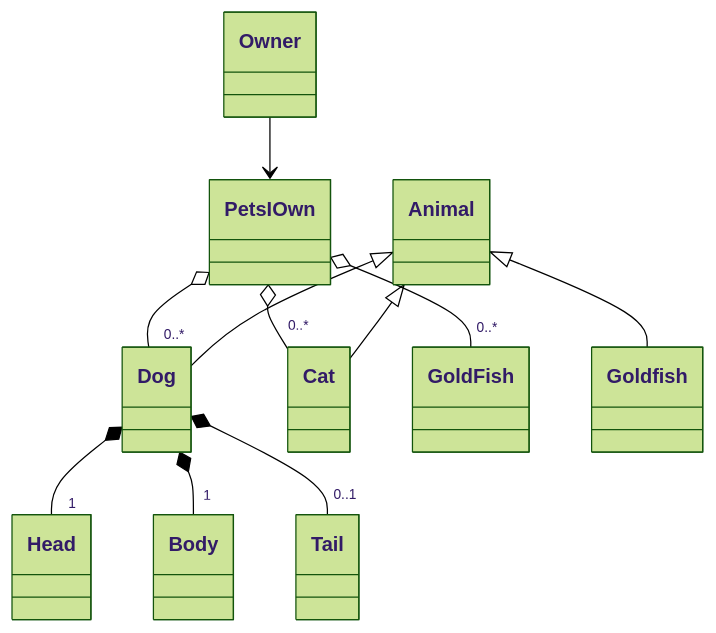
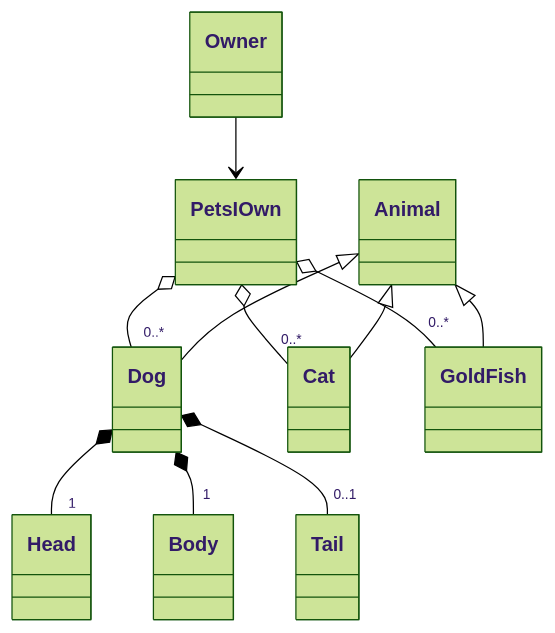
One commit to UPPMAX/programming_formalisms changed the diagram in docs/design_develop/OO_development.md. Above: the diagram before and after it, drawn with Mermaid (forest theme).

Commit message:
Fix mermaid diagram

````diff
--- a/docs/design_develop/OO_development.md
+++ b/docs/design_develop/OO_development.md
@@ -64,13 +64,13 @@
 ```mermaid
 classDiagram
     Owner-->PetsIOwn
     Dog*--"1"Head
     Dog*--"1"Body
     Dog*--"0..1"Tail
     PetsIOwn o--"0..*"Dog
     PetsIOwn o--"0..*"Cat
     PetsIOwn o--"0..*"GoldFish
     Animal <|--Dog
     Animal <|--Cat
-    Animal <|--Goldfish
+    Animal <|--GoldFish
 ```
````
